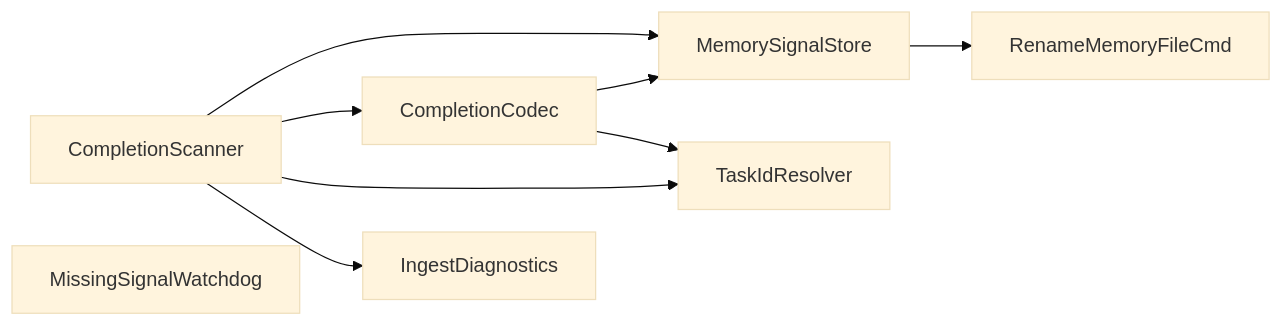
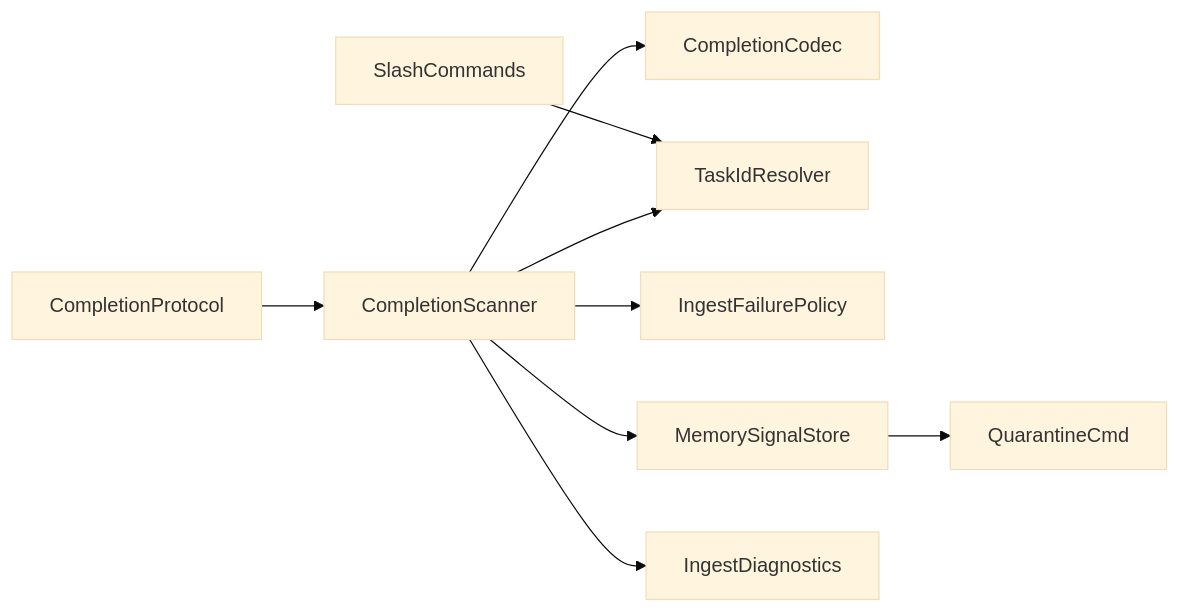
The diagram in ai-artifacts/runs/code/collab-signal-hardening-77064-88673-515/plan.mmd (yes506/canvas-terminal), drawn with Mermaid (base theme) before and after one commit. The commit also changed 1 other file, not shown here.

Commit message:
docs(planner): rev-2 plan folding 5-peer plan review (P0b→protocol, failure taxonomy, report_path mapping, peer-visible diagnostic, exact-first resolver, P1 deferred)

```diff
--- a/ai-artifacts/runs/code/collab-signal-hardening-77064-88673-515/plan.mmd
+++ b/ai-artifacts/runs/code/collab-signal-hardening-77064-88673-515/plan.mmd
@@ -1,15 +1,18 @@
 graph LR
+  CompletionProtocol["CompletionProtocol"]
+  CompletionScanner["CompletionScanner"]
   CompletionCodec["CompletionCodec"]
   TaskIdResolver["TaskIdResolver"]
+  IngestFailurePolicy["IngestFailurePolicy"]
   MemorySignalStore["MemorySignalStore"]
-  CompletionScanner["CompletionScanner"]
+  QuarantineCmd["QuarantineCmd"]
   IngestDiagnostics["IngestDiagnostics"]
-  MissingSignalWatchdog["MissingSignalWatchdog"]
-  RenameMemoryFileCmd["RenameMemoryFileCmd"]
-  CompletionCodec --> MemorySignalStore
-  CompletionCodec --> TaskIdResolver
-  MemorySignalStore --> RenameMemoryFileCmd
+  SlashCommands["SlashCommands"]
+  CompletionProtocol --> CompletionScanner
   CompletionScanner --> MemorySignalStore
   CompletionScanner --> CompletionCodec
   CompletionScanner --> TaskIdResolver
+  CompletionScanner --> IngestFailurePolicy
   CompletionScanner --> IngestDiagnostics
+  MemorySignalStore --> QuarantineCmd
+  SlashCommands --> TaskIdResolver
```
